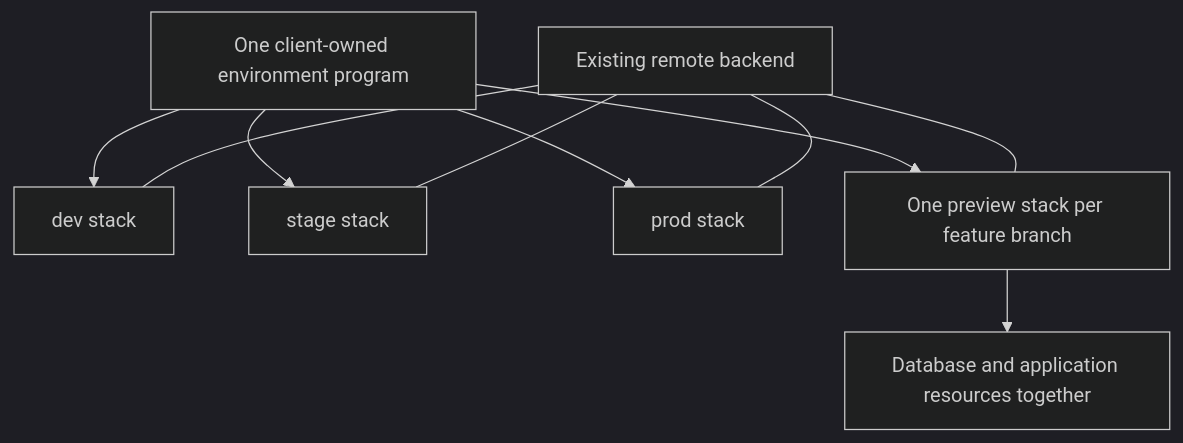
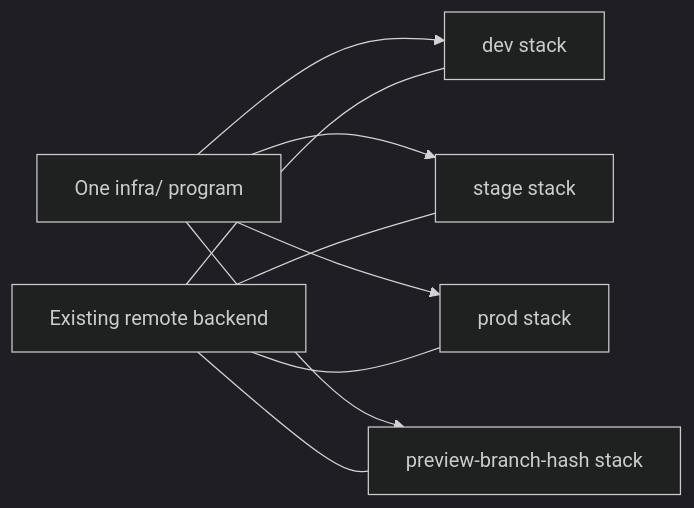
One commit to cloudvoyant/premise changed the first of 2 diagrams in docs/modules/infrastructure.md. Above: the diagram before and after it, drawn with Mermaid (dark theme). The commit also changed other lines of this file and 123 other files, not shown here.

Commit message:
feat(infra): use client-owned Pulumi programs [publish-rc]

````diff
--- a/docs/modules/infrastructure.md
+++ b/docs/modules/infrastructure.md
@@ -11,12 +124,11 @@
 ```mermaid
-flowchart TD
-    program[One client-owned environment program] --> dev[dev stack]
-    program --> stage[stage stack]
-    program --> prod[prod stack]
-    program --> preview[One preview stack per feature branch]
-    preview --> resources[Database and application resources together]
-    remote[Existing remote backend] --- dev
-    remote --- stage
-    remote --- prod
-    remote --- preview
+flowchart LR
+  Source["One infra/ program"] --> Dev[dev stack]
+  Source --> Stage[stage stack]
+  Source --> Prod[prod stack]
+  Source --> Preview["preview-branch-hash stack"]
+  Backend["Existing remote backend"] --- Dev
+  Backend --- Stage
+  Backend --- Prod
+  Backend --- Preview
 ```
````
